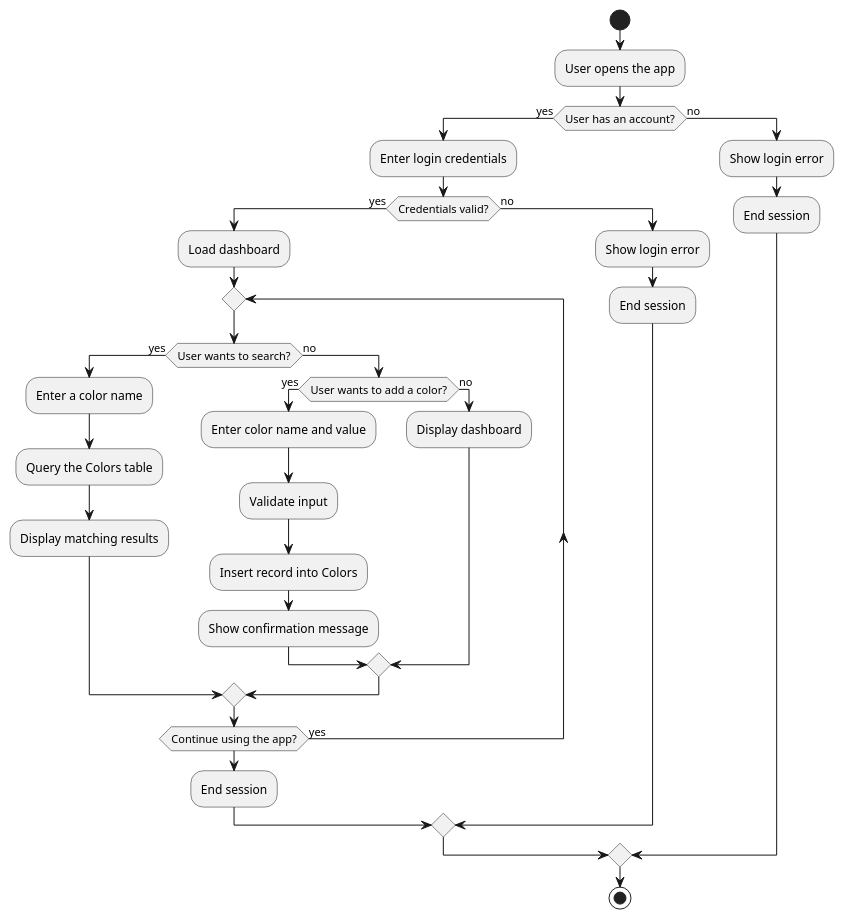
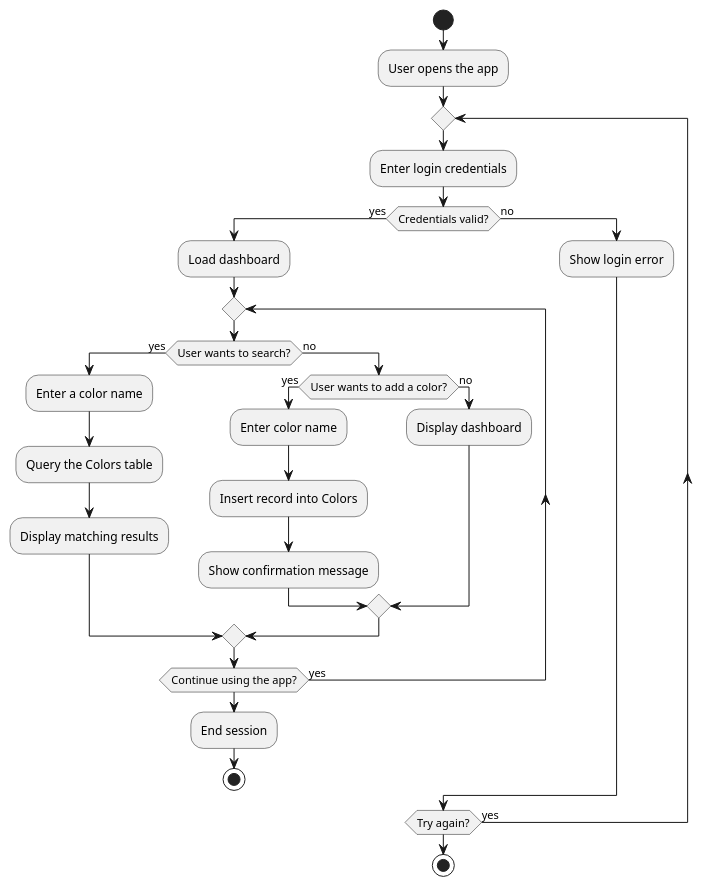
Before and after one commit to dangdatbrandon/LAMP-Practice: the diagram in docs/uml/activity.puml, drawn with PlantUML. The commit also changed 5 other files, not shown here.

```diff
--- a/docs/uml/activity.puml
+++ b/docs/uml/activity.puml
@@ -1,34 +1,30 @@
 @startuml
 start
 :User opens the app;
-if (User has an account?) then (yes)
+repeat
   :Enter login credentials;
   if (Credentials valid?) then (yes)
     :Load dashboard;
     repeat
       if (User wants to search?) then (yes)
         :Enter a color name;
         :Query the Colors table;
         :Display matching results;
       else (no)
         if (User wants to add a color?) then (yes)
-          :Enter color name and value;
-          :Validate input;
+          :Enter color name;
           :Insert record into Colors;
           :Show confirmation message;
         else (no)
           :Display dashboard;
         endif
       endif
     repeat while (Continue using the app?) is (yes)
     :End session;
+    stop
   else (no)
     :Show login error;
-    :End session;
   endif
-else (no)
-  :Show login error;
-  :End session;
-endif
+repeat while (Try again?) is (yes)
 stop
 @enduml
```
